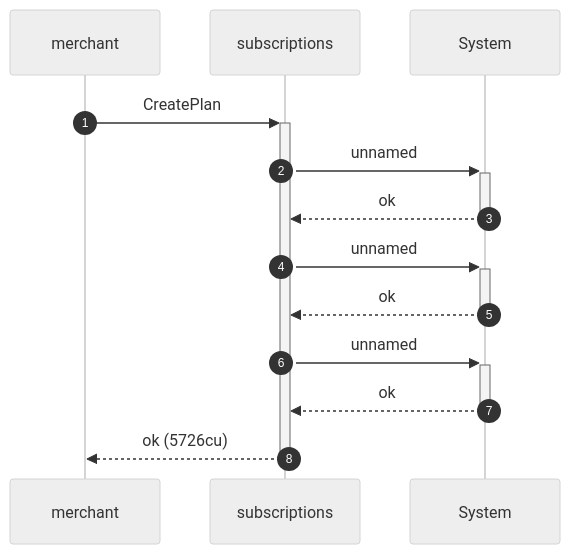
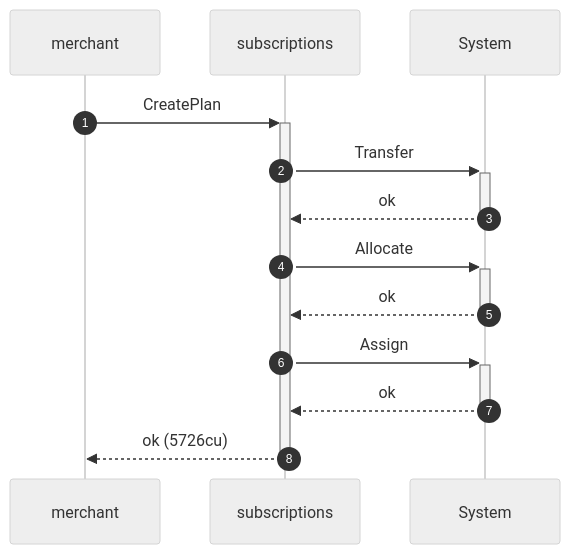
Before and after one commit to cds-rs/subscriptions: the second of 4 diagrams in dsl_tests/survive-a-pre-funded-plan-pda.md, drawn with Mermaid (neutral theme). The commit also changed other lines of this file and 219 other files, not shown here.

````diff
--- a/dsl_tests/survive-a-pre-funded-plan-pda.md
+++ b/dsl_tests/survive-a-pre-funded-plan-pda.md
@@ -39,15 +39,15 @@
 ```mermaid
 sequenceDiagram
     autonumber
     participant merchant
     participant subscriptions
     participant System
     merchant ->>+ subscriptions: CreatePlan
-    subscriptions ->>+ System: unnamed
+    subscriptions ->>+ System: Transfer
     System -->>- subscriptions: ok
-    subscriptions ->>+ System: unnamed
+    subscriptions ->>+ System: Allocate
     System -->>- subscriptions: ok
-    subscriptions ->>+ System: unnamed
+    subscriptions ->>+ System: Assign
     System -->>- subscriptions: ok
     subscriptions -->>- merchant: ok (5726cu)
 ```
````
